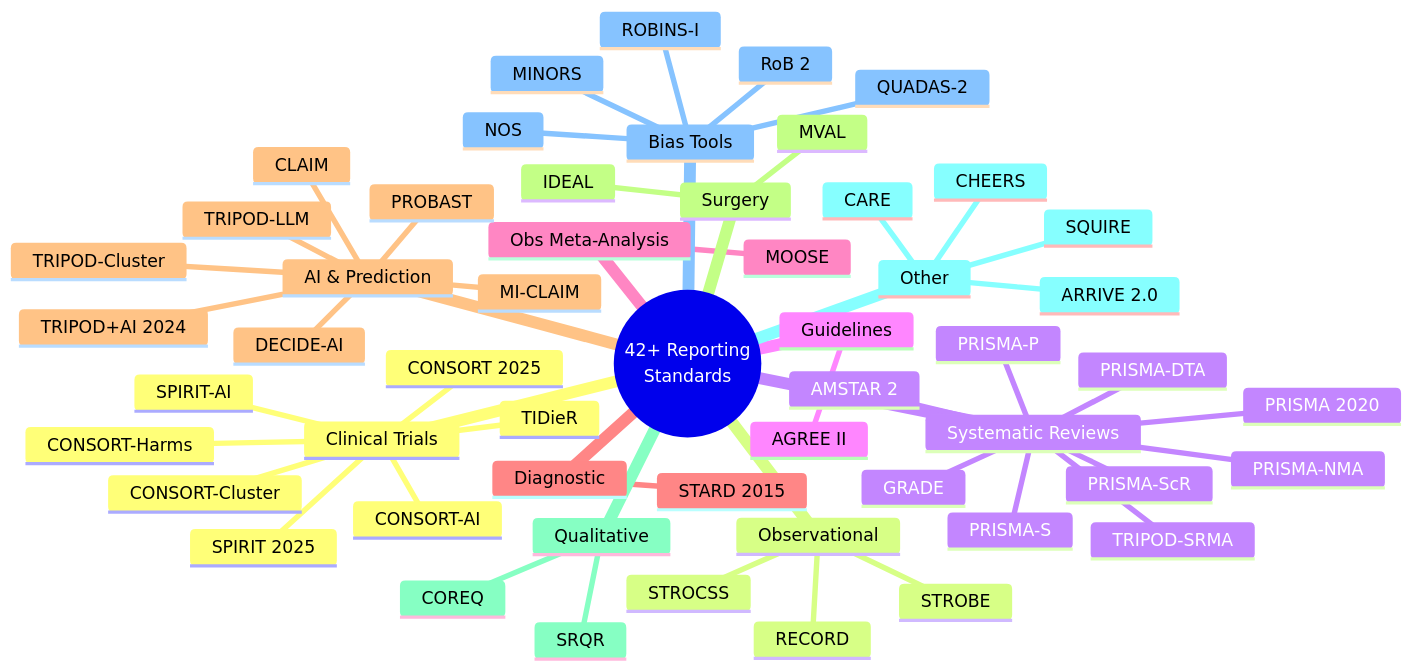
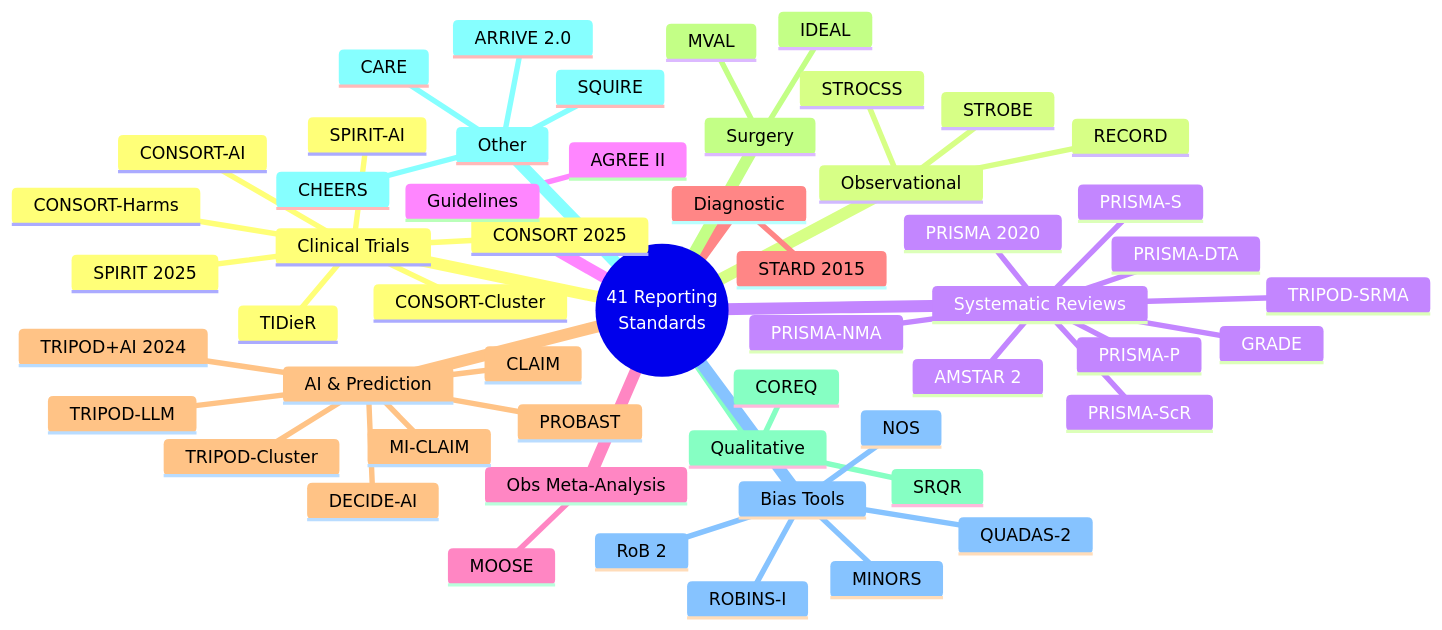
The eighth of 8 diagrams in docs/architecture.md (Stefansong/med-research-powers), drawn with Mermaid before and after one commit. The commit also changed other lines of this file and 16 other files, not shown here.

````diff
--- a/docs/architecture.md
+++ b/docs/architecture.md
@@ -316,57 +316,57 @@
 ```mermaid
 mindmap
-  root(("42+ Reporting<br/>Standards"))
+  root(("41 Reporting<br/>Standards"))
     Clinical Trials
       CONSORT 2025
       CONSORT-AI
       CONSORT-Cluster
       SPIRIT 2025
       SPIRIT-AI
       TIDieR
       CONSORT-Harms
     Observational
       STROBE
       RECORD
       STROCSS
     Systematic Reviews
       PRISMA 2020
       PRISMA-P
       PRISMA-ScR
       PRISMA-S
       PRISMA-DTA
       PRISMA-NMA
       TRIPOD-SRMA
       AMSTAR 2
       GRADE
     Guidelines
       AGREE II
     Obs Meta-Analysis
       MOOSE
     Diagnostic
       STARD 2015
     AI & Prediction
       TRIPOD+AI 2024
       TRIPOD-LLM
       TRIPOD-Cluster
       CLAIM
       MI-CLAIM
       DECIDE-AI
       PROBAST
     Surgery
       IDEAL
       MVAL
     Qualitative
       COREQ
       SRQR
     Other
       ARRIVE 2.0
       CARE
       SQUIRE
       CHEERS
     Bias Tools
       RoB 2
       ROBINS-I
       NOS
       MINORS
       QUADAS-2
 ```
````
